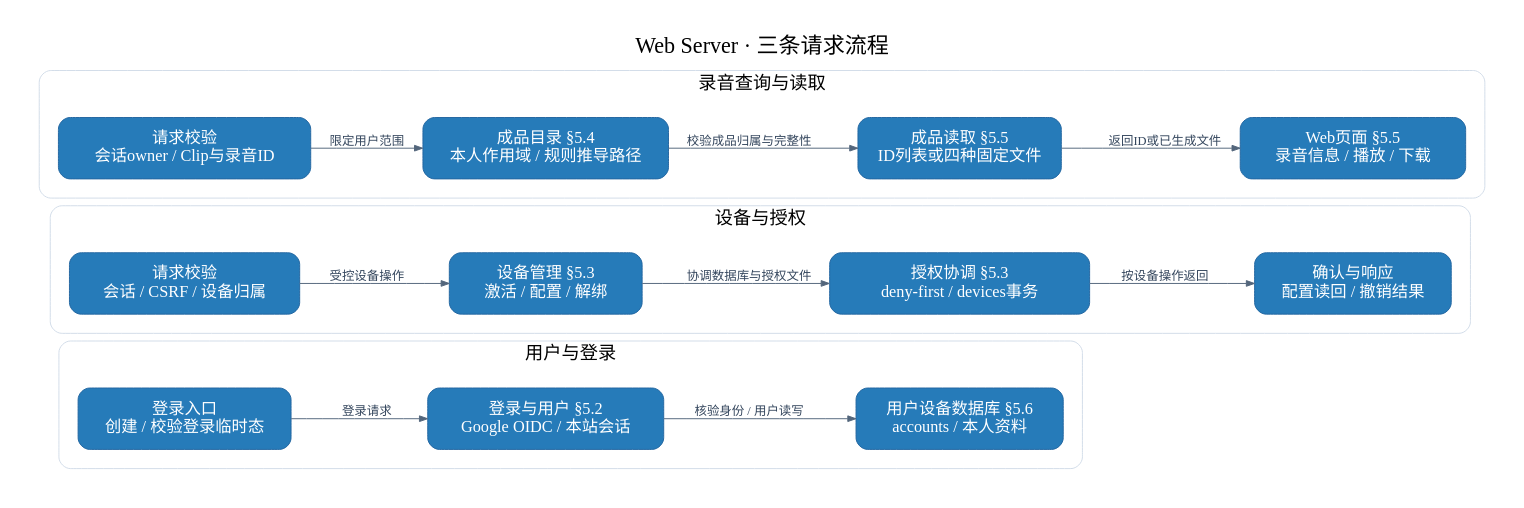
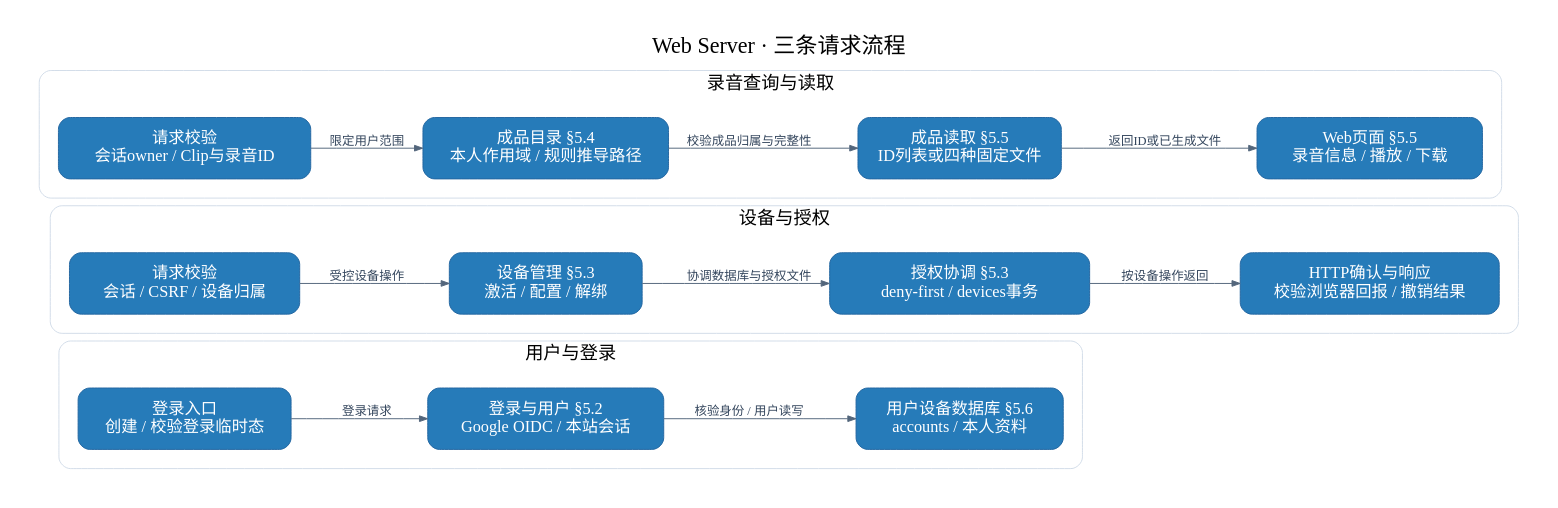
Before and after one commit to boboliu-1010/speaker: the diagram in docs/assets/diagrams/10-web-components.dot, drawn with Graphviz. The commit also changed 12 other files, not shown here.

```diff
--- a/docs/assets/diagrams/10-web-components.dot
+++ b/docs/assets/diagrams/10-web-components.dot
@@ -1,30 +1,30 @@
 digraph G {
 graph [rankdir=LR, bgcolor="white", pad="0.35", nodesep="0.45", ranksep="0.55", splines=line, fontname="PingFang SC", fontsize=23, labelloc=t, label="Web Server · 三条请求流程"];
 node [shape=box, style="rounded,filled", fillcolor="#267bb9", color="#2366a0", fontcolor=white, fontname="PingFang SC", fontsize=17, margin="0.22,0.18"];
 edge [fontname="PingFang SC", fontsize=13, color="#53667c", fontcolor="#34465d", arrowsize=0.85];
 subgraph cluster_0 { label="用户与登录"; color="#d1dce8"; style=rounded; fontsize=19; margin=20;
 auth_api [width=3.09, label="登录入口\n创建 / 校验登录临时态"];
 user [width=3.41, label="登录与用户 §5.2\nGoogle OIDC / 本站会话"];
 account [width=3.00, label="用户设备数据库 §5.6\naccounts / 本人资料"];
 auth_api -> user [label="登录请求"];
 user -> account [label="核验身份 / 用户读写"];
 }
 subgraph cluster_1 { label="设备与授权"; color="#d1dce8"; style=rounded; fontsize=19; margin=20;
 device_api [width=3.34, label="请求校验\n会话 / CSRF / 设备归属"];
 device [width=2.79, label="设备管理 §5.3\n激活 / 配置 / 解绑"];
 project [width=3.76, label="授权协调 §5.3\ndeny-first / devices事务"];
-confirm [width=2.85, label="确认与响应\n配置读回 / 撤销结果"];
+confirm [width=3.75, label="HTTP确认与响应\n校验浏览器回报 / 撤销结果"];
 device_api -> device [label="受控设备操作"];
 device -> project [label="协调数据库与授权文件"];
 project -> confirm [label="按设备操作返回"];
 }
 subgraph cluster_2 { label="录音查询与读取"; color="#d1dce8"; style=rounded; fontsize=19; margin=20;
 record_api [width=3.65, label="请求校验\n会话owner / Clip与录音ID"];
 directory [width=3.56, label="成品目录 §5.4\n本人作用域 / 规则推导路径"];
 read [width=2.95, label="成品读取 §5.5\nID列表或四种固定文件"];
 page [width=3.26, label="Web页面 §5.5\n录音信息 / 播放 / 下载"];
 record_api -> directory [label="限定用户范围"];
 directory -> read [label="校验成品归属与完整性"];
 read -> page [label="返回ID或已生成文件"];
 }
 }
```
